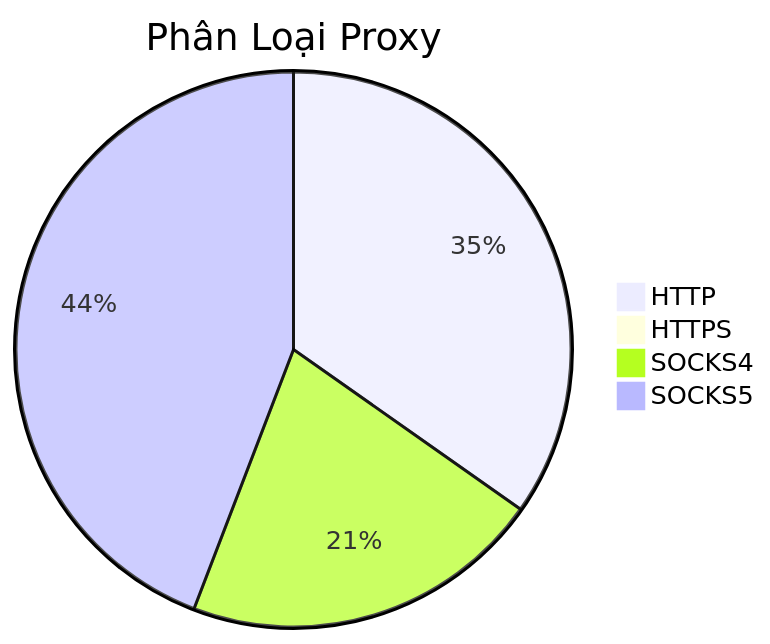
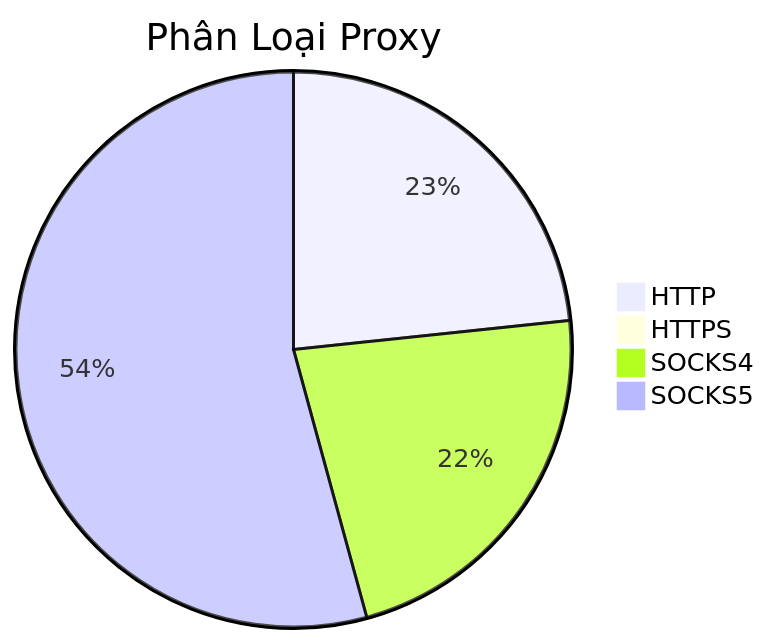
The diagram in README.md (Ciara-12/PROXY-free), drawn with Mermaid before and after one commit. The commit also changed other lines of this file and 3 other files, not shown here.

````diff
--- a/README.md
+++ b/README.md
@@ -26,7 +26,7 @@
 ```mermaid
 pie title Phân Loại Proxy
-    "HTTP" : 617
+    "HTTP" : 387
     "HTTPS" : 1
-    "SOCKS4" : 374
-    "SOCKS5" : 784
+    "SOCKS4" : 372
+    "SOCKS5" : 900
 ```
````
